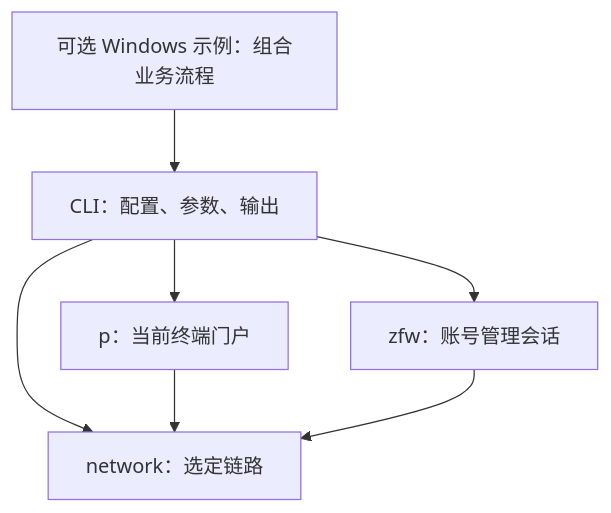
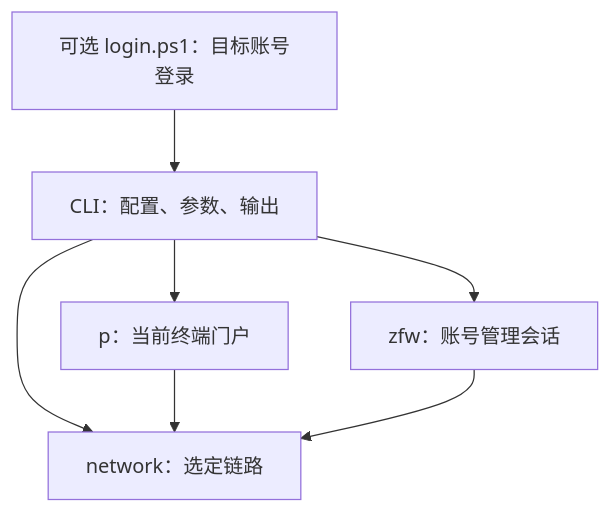
One commit to hicancan/njupt-net changed the diagram in docs/architecture.md. Above: the diagram before and after it, drawn with Mermaid. The commit also changed other lines of this file and 11 other files, not shown here.

Commit message:
Unify Windows login around the target campus account

````diff
--- a/docs/architecture.md
+++ b/docs/architecture.md
@@ -52,9 +49,9 @@
 ```mermaid
 flowchart TB
-    Examples[可选 Windows 示例：组合业务流程] --> CLI
+    Examples[可选 login.ps1：目标账号登录] --> CLI
     CLI[CLI：配置、参数、输出] --> P[p：当前终端门户]
     CLI --> Z[zfw：账号管理会话]
     CLI --> N[network：选定链路]
     P --> N
     Z --> N
 ```
````
